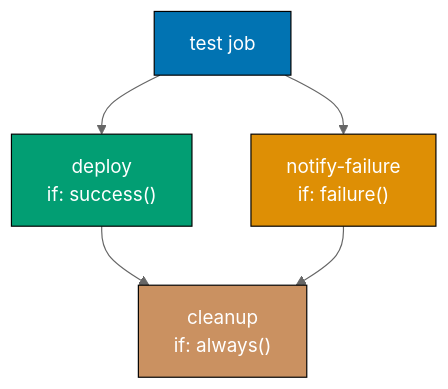
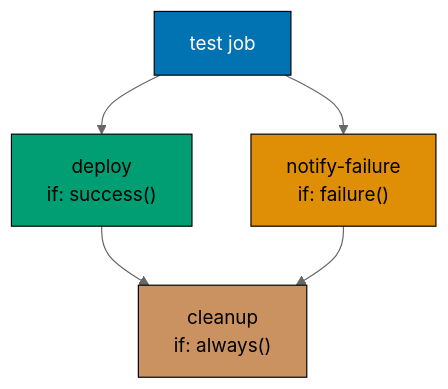
The fifth of 9 diagrams in apps/ayokoding-www/content/en/learn/legacy/software-engineering/automation-tools/github-actions/by-example/intermediate.md (wahidyankf/ose-public), drawn with Mermaid (neutral theme) before and after one commit. The commit also changed other lines of this file and 131 other files, not shown here.

First line of the commit message:
fix(mermaid): bring the legacy data, infrastructure, and testing diagrams onto the accessible palette

````diff
--- a/apps/ayokoding-www/content/en/learn/legacy/software-engineering/automation-tools/github-actions/by-example/intermediate.md
+++ b/apps/ayokoding-www/content/en/learn/legacy/software-engineering/automation-tools/github-actions/by-example/intermediate.md
@@ -580,13 +604,20 @@
 ```mermaid
 %% Color Palette: Blue #0173B2, Orange #DE8F05, Teal #029E73, Purple #CC78BC, Brown #CA9161
 graph TD
+    accTitle: Example 37: needs with Conditional Execution
+    accDescr: Graph with 4 nodes and 4 connections. Nodes: test job, deploy if: success(), notify-failure if: failure(), cleanup if: always(). Connections: test job to deploy if: success(), test job to notify-failure if: failure(), deploy if: success() to cleanup if: always(), notify-failure if: failure() to cleanup if: always().
     TEST["test job"] --> DEPLOY["deploy<br/>if: success()"]
     TEST --> NOTIFY_FAIL["notify-failure<br/>if: failure()"]
     DEPLOY --> CLEANUP["cleanup<br/>if: always()"]
     NOTIFY_FAIL --> CLEANUP
 
-    style TEST fill:#0173B2,stroke:#000,color:#fff
-    style DEPLOY fill:#029E73,stroke:#000,color:#fff
-    style NOTIFY_FAIL fill:#DE8F05,stroke:#000,color:#fff
-    style CLEANUP fill:#CA9161,stroke:#000,color:#fff
+    classDef pal-0173B2 fill:#0173B2,stroke:#000000,color:#FFFFFF
+    class TEST pal-0173B2
+    classDef pal-029E73 fill:#029E73,stroke:#000000,color:#000000
+    class DEPLOY pal-029E73
+    classDef pal-DE8F05 fill:#DE8F05,stroke:#000000,color:#000000
+    class NOTIFY_FAIL pal-DE8F05
+    classDef pal-CA9161 fill:#CA9161,stroke:#000000,color:#000000
+    class CLEANUP pal-CA9161
+    classDef default fill:#FFFFFF,stroke:#000000,color:#000000
 ```
````
